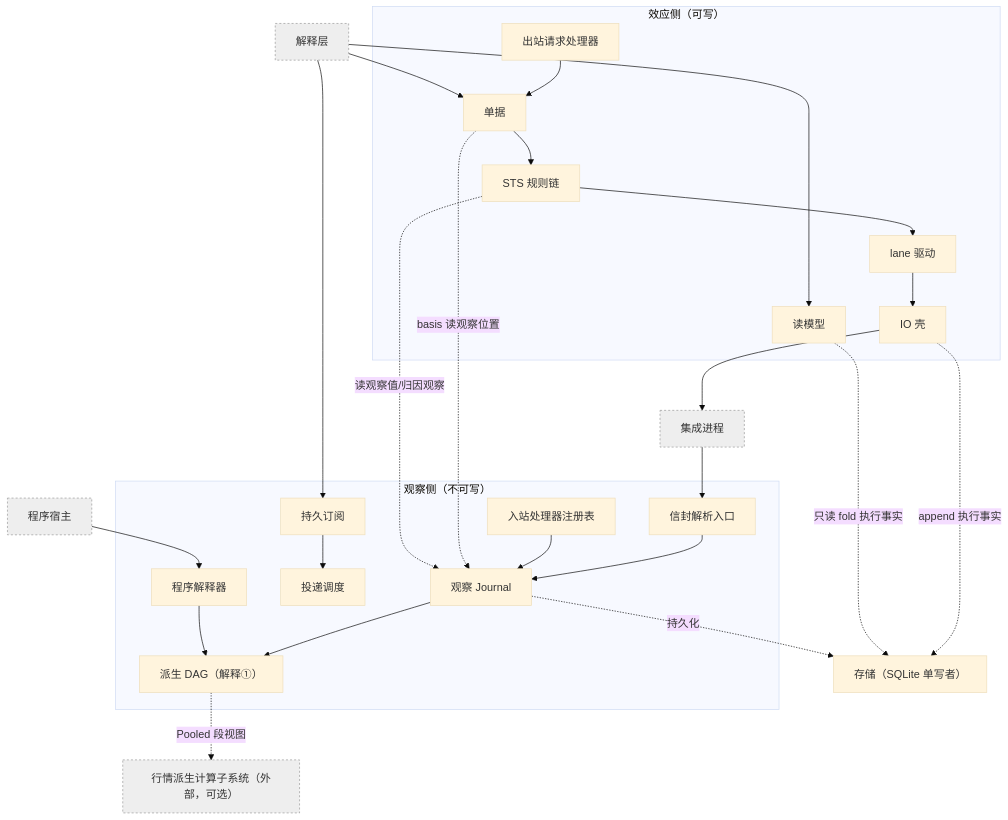
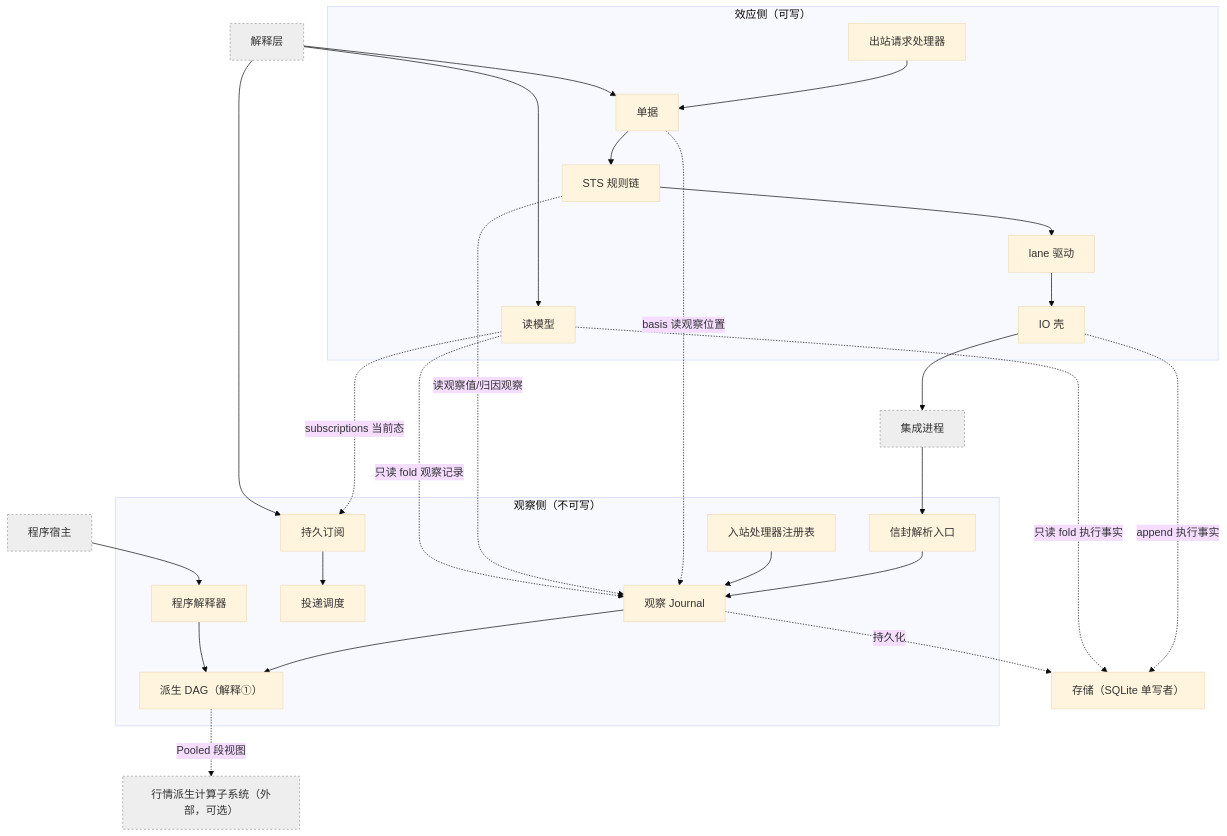
Before and after one commit to mouriya-s-lab/uta: the second of 2 diagrams in design/core/07-processes-and-storage.md, drawn with Mermaid (base theme). The commit also changed other lines of this file and 13 other files, not shown here.

````diff
--- a/design/core/07-processes-and-storage.md
+++ b/design/core/07-processes-and-storage.md
@@ -215,30 +226,32 @@
 ```mermaid
 flowchart TB
   subgraph EFFECT["效应侧（可写）"]
     TICKET["单据"] --> STS["STS 规则链"] --> LANE["lane 驱动"] --> IOSHELL["IO 壳"]
     OUTH["出站请求处理器"] --> TICKET
     RM["读模型"]
   end
   subgraph OBSERVE["观察侧（不可写）"]
     ENV["信封解析入口"] --> OJ["观察 Journal"]
     OJ --> DAG["派生 DAG（解释①）"]
     SUB["持久订阅"] --> DELIV["投递调度"]
     INH["入站处理器注册表"] --> OJ
     PROG["程序解释器"] --> DAG
   end
   INT["集成进程"] --> ENV
   HOST["程序宿主"] --> PROG
   IOSHELL --> INT
   STORE["存储（SQLite 单写者）"]
   TICKET -.basis 读观察位置.-> OJ
   STS -.读观察值/归因观察.-> OJ
   IOSHELL -.append 执行事实.-> STORE
   OJ -.持久化.-> STORE
   RM -.只读 fold 执行事实.-> STORE
+  RM -.只读 fold 观察记录.-> OJ
+  RM -.subscriptions 当前态.-> SUB
   IL["解释层"] --> SUB
   IL --> RM
   IL --> TICKET
   DAG -. Pooled 段视图 .-> HPC["行情派生计算子系统（外部，可选）"]
   classDef ext fill:#eee,stroke:#999,stroke-dasharray:3;
   class HPC,INT,HOST,IL ext;
 ```
````
